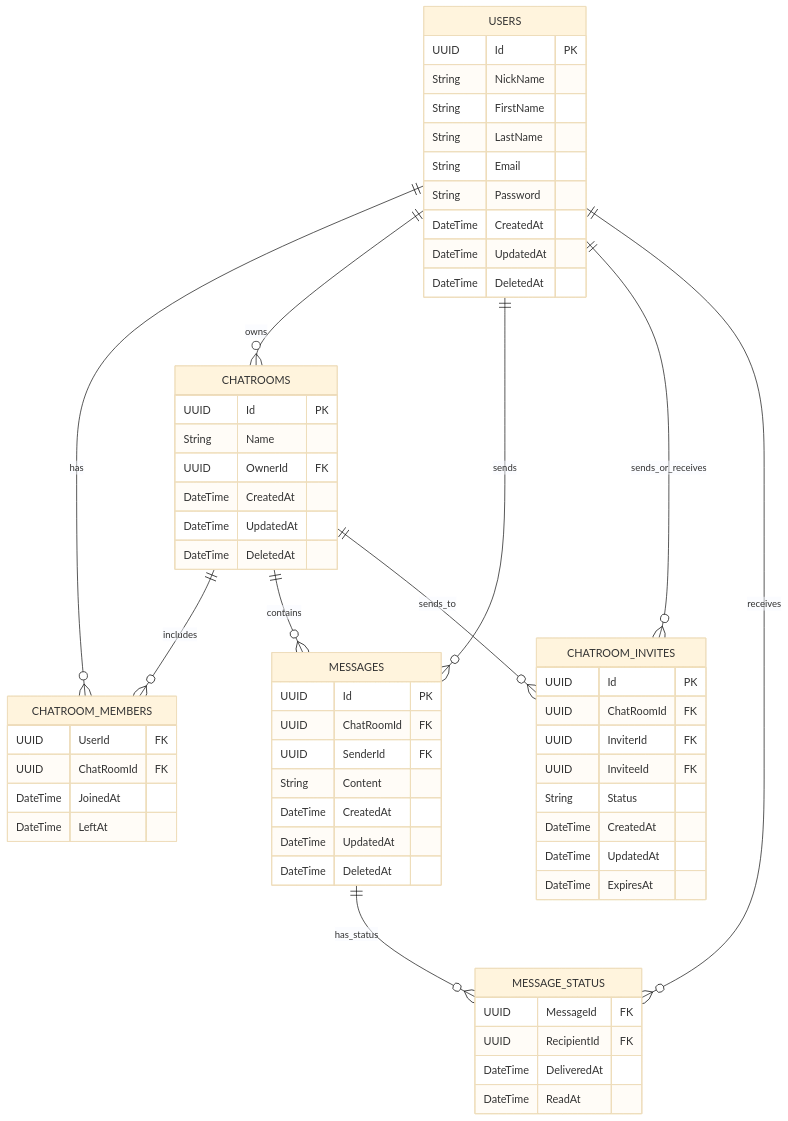
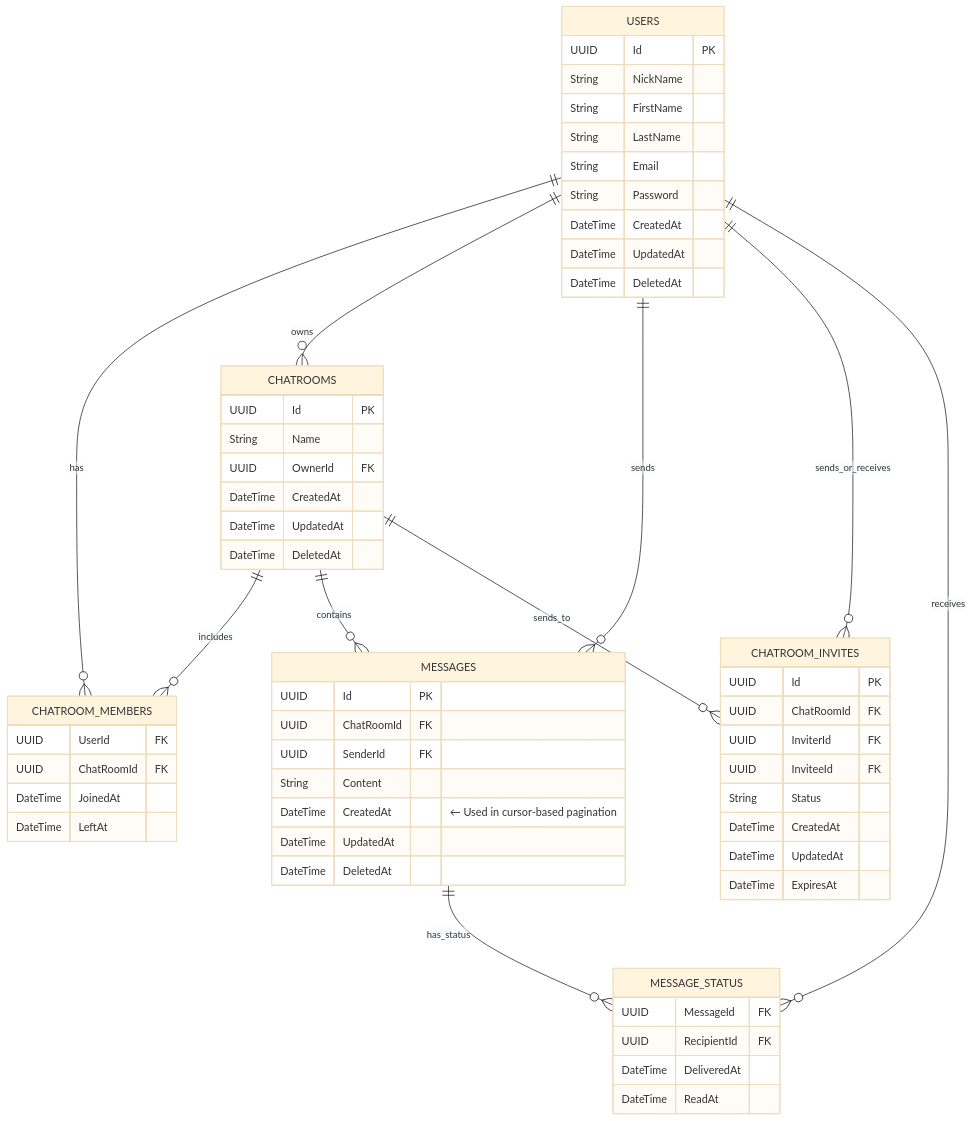
The second of 2 diagrams in PRD.md (Daffc/Chat_Manager), drawn with Mermaid (base theme) before and after one commit. The commit also changed other lines of this file, not shown here.

Commit message:
Updating PRD Document with cursor pagination for retrieving of message history by group.

````diff
--- a/PRD.md
+++ b/PRD.md
@@ -155,70 +160,70 @@
 ```mermaid
 erDiagram
     USERS ||--o{ CHATROOM_MEMBERS : has
     USERS ||--o{ CHATROOMS : owns
     USERS ||--o{ MESSAGES : sends
     USERS ||--o{ CHATROOM_INVITES : sends_or_receives
 
     CHATROOMS ||--o{ CHATROOM_MEMBERS : includes
     CHATROOMS ||--o{ MESSAGES : contains
     CHATROOMS ||--o{ CHATROOM_INVITES : sends_to
 
     USERS ||--o{ MESSAGE_STATUS : receives
     MESSAGES ||--o{ MESSAGE_STATUS : has_status
 
     USERS {
         UUID Id PK
         String NickName
         String FirstName
         String LastName
         String Email
         String Password
         DateTime CreatedAt
         DateTime UpdatedAt
         DateTime DeletedAt
     }
 
     CHATROOMS {
         UUID Id PK
         String Name
         UUID OwnerId FK
         DateTime CreatedAt
         DateTime UpdatedAt
         DateTime DeletedAt
     }
 
     CHATROOM_MEMBERS {
         UUID UserId FK
         UUID ChatRoomId FK
         DateTime JoinedAt
         DateTime LeftAt
     }
 
     CHATROOM_INVITES {
         UUID Id PK
         UUID ChatRoomId FK
         UUID InviterId FK
         UUID InviteeId FK
         String Status
         DateTime CreatedAt
         DateTime UpdatedAt
         DateTime ExpiresAt
     }
 
     MESSAGES {
         UUID Id PK
         UUID ChatRoomId FK
         UUID SenderId FK
         String Content
-        DateTime CreatedAt
+        DateTime CreatedAt "← Used in cursor-based pagination"
         DateTime UpdatedAt
         DateTime DeletedAt
     }
 
     MESSAGE_STATUS {
         UUID MessageId FK
         UUID RecipientId FK
         DateTime DeliveredAt
         DateTime ReadAt
     }
 ```
````
